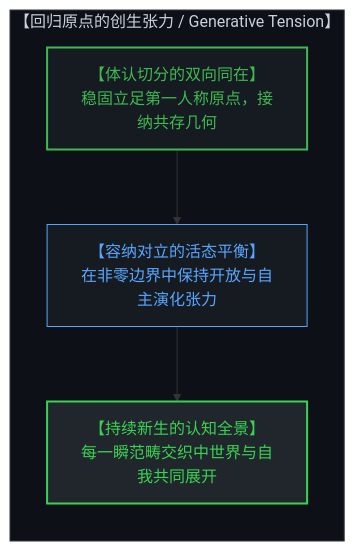
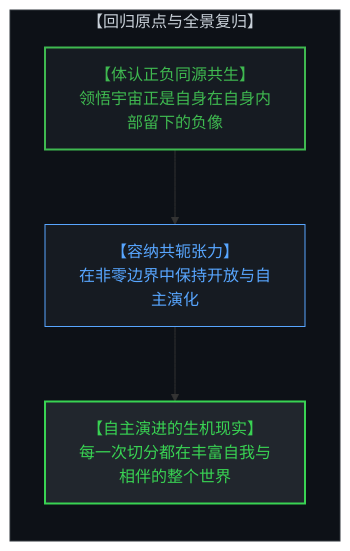
Before and after one commit to powerpig99/not-a-toe: the sixth of 6 diagrams in content/posts/the-geometry-of-coexistence-and-the-dual-cut.md, drawn with Mermaid. The commit also changed other lines of this file and 3 other files, not shown here.

````diff
--- a/content/posts/the-geometry-of-coexistence-and-the-dual-cut.md
+++ b/content/posts/the-geometry-of-coexistence-and-the-dual-cut.md
@@ -153,15 +153,15 @@
 ```mermaid
 graph TD
-    subgraph GenerativeTension["【回归原点的创生张力 / Generative Tension】"]
+    subgraph GenerativeTension["【回归原点与全景复归】"]
         direction TB
-        RecognizeCoPresence["【体认切分的双向同在】<br>稳固立足第一人称原点，接纳共存几何"]
-        HoldLivingTension["【容纳对立的活态平衡】<br>在非零边界中保持开放与自主演化张力"]
-        EvolvingReality["【持续新生的认知全景】<br>每一瞬范畴交织中世界与自我共同展开"]
+        RecognizeCoPresence["【体认正负同源共生】<br>领悟宇宙正是自身在自身内部留下的负像"]
+        HoldLivingTension["【容纳共轭张力】<br>在非零边界中保持开放与自主演化"]
+        EvolvingReality["【自主演进的生机现实】<br>每一次切分都在丰富自我与相伴的整个世界"]
         RecognizeCoPresence --> HoldLivingTension
         HoldLivingTension --> EvolvingReality
     end
     style GenerativeTension fill:#0d1117,stroke:#30363d,stroke-width:1px,color:#c9d1d9
     style RecognizeCoPresence fill:#161b22,stroke:#3fb950,stroke-width:2px,color:#3fb950
     style HoldLivingTension fill:#161b22,stroke:#58a6ff,stroke-width:1px,color:#58a6ff
     style EvolvingReality fill:#21262d,stroke:#39d353,stroke-width:2px,color:#39d353
 ```
````
